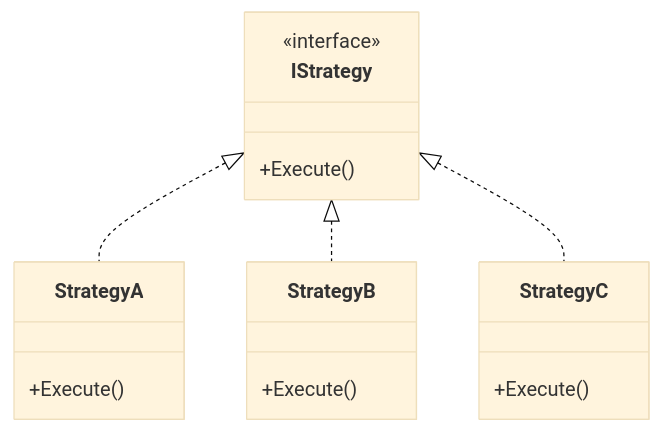
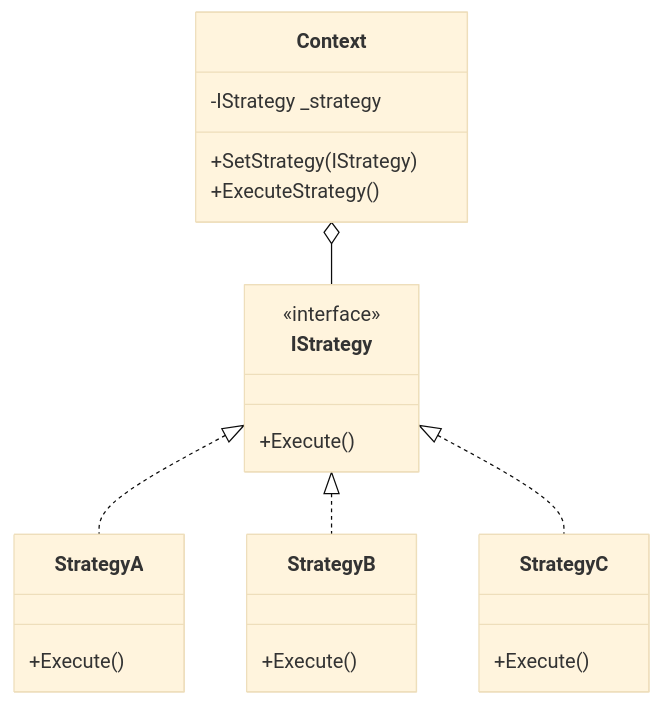
Before and after one commit to rendya2501/zenn-docs: the diagram in docs/draft/strategy-pattern-guide.md, drawn with Mermaid (base theme).

Commit message:
マーメイド修正

````diff
--- a/docs/draft/strategy-pattern-guide.md
+++ b/docs/draft/strategy-pattern-guide.md
@@ -97,19 +97,25 @@
 ```mermaid
 classDiagram
+    class Context {
+        -IStrategy _strategy
+        +SetStrategy(IStrategy)
+        +ExecuteStrategy()
+    }
     class IStrategy {
         <<interface>>
         +Execute()
     }
     class StrategyA {
         +Execute()
     }
     class StrategyB {
         +Execute()
     }
     class StrategyC {
         +Execute()
     }
+    Context o-- IStrategy
     IStrategy <|.. StrategyA
     IStrategy <|.. StrategyB
     IStrategy <|.. StrategyC
 ```
````
